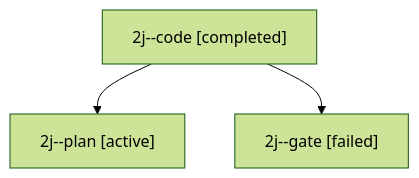
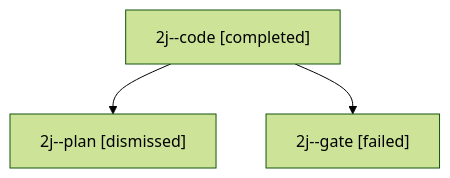
Before and after one commit to bobs-org/bob-cli--agents: the diagram in sessions/bbugyi200.apollo.2j.md, drawn with Mermaid (forest theme). The commit also changed other lines of this file and 23 other files, not shown here.

````diff
--- a/sessions/bbugyi200.apollo.2j.md
+++ b/sessions/bbugyi200.apollo.2j.md
@@ -9,8 +9,8 @@
 ```mermaid
 flowchart TD
   n0["2j--code [completed]"]
-  n1["2j--plan [active]"]
+  n1["2j--plan [dismissed]"]
   n0 --> n1
   n2["2j--gate [failed]"]
   n0 --> n2
 ```
````
